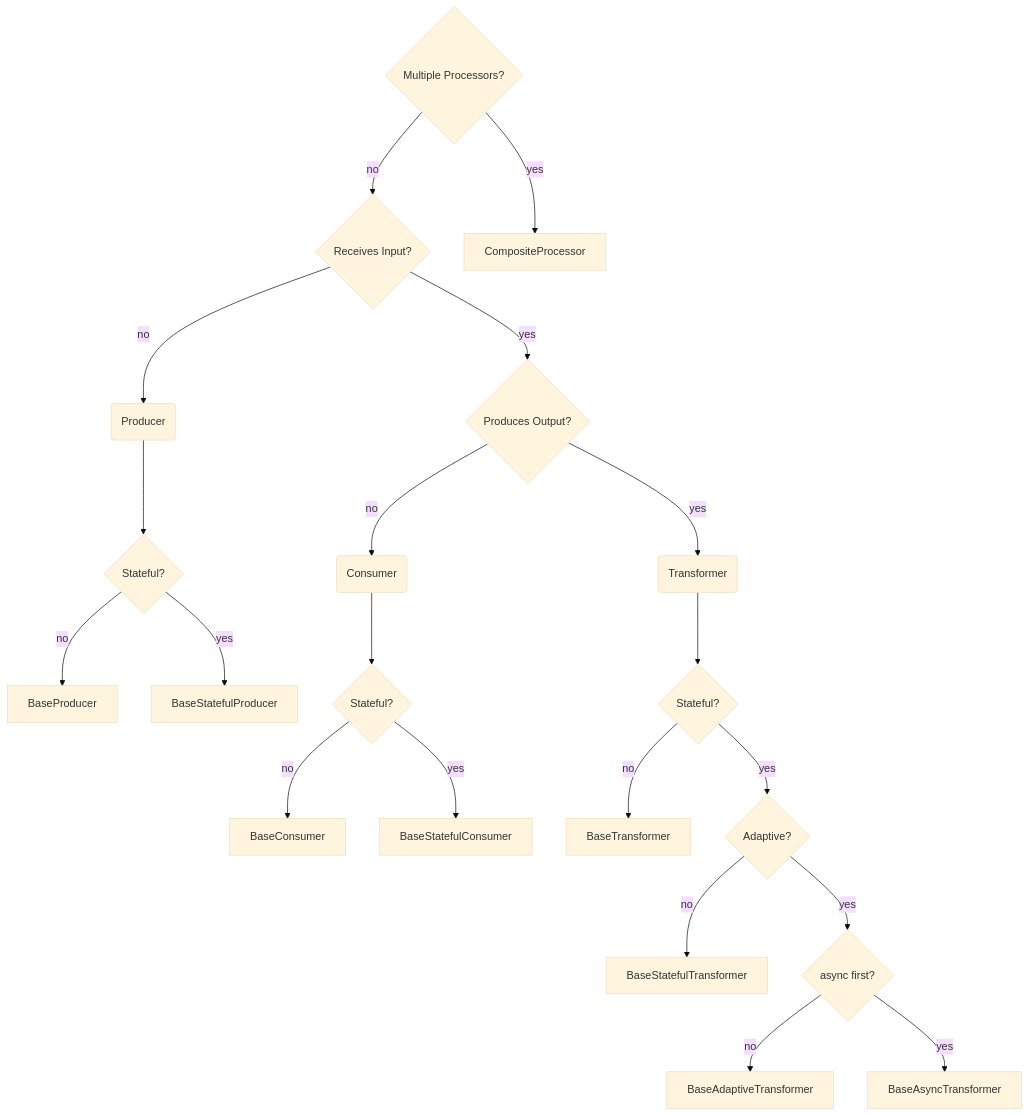
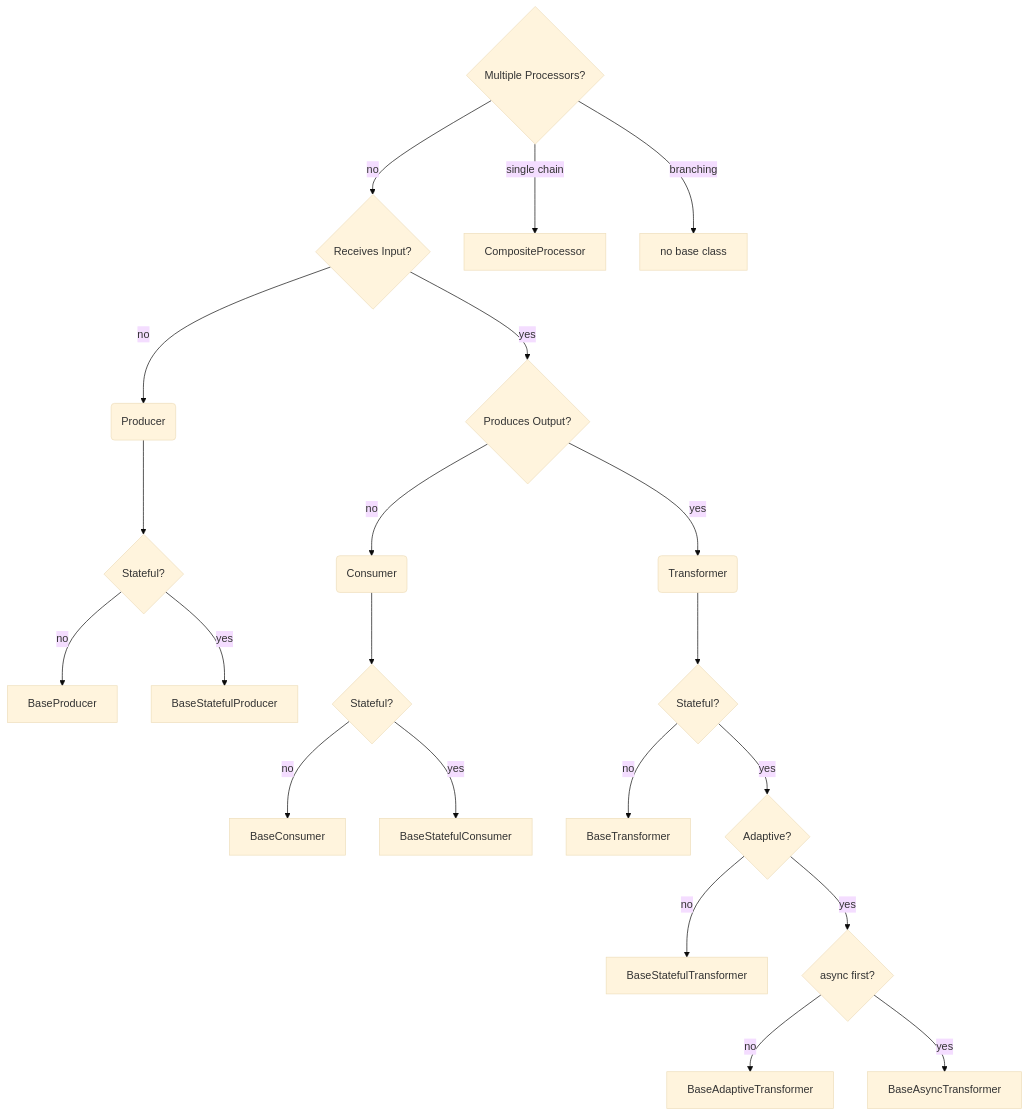
One commit to ezmsg-org/ezmsg-sigproc changed the diagram in docs/ProcessorsBase.md. Above: the diagram before and after it, drawn with Mermaid (base theme).

Commit message:
Make it clear in the docs that `CompositeProcessor` is for non-branching chains of processors.

````diff
--- a/docs/ProcessorsBase.md
+++ b/docs/ProcessorsBase.md
@@ -75,28 +75,29 @@
 ```mermaid
 flowchart TD
     AA{Multiple Processors?};
     A{Receives Input?};
     B(Producer);
     C{Produces Output?};
     D(Consumer);
     E(Transformer);
     AA -->|no| A;
-    AA -->|yes| CompositeProcessor;
+    AA -->|single chain| CompositeProcessor;
+    AA -->|branching| BB[no base class];
     A -->|no| B;
     A -->|yes| C;
     C -->|no| D;
     C -->|yes| E;
     B --> F{Stateful?};
     F -->|no| BaseProducer;
     F -->|yes| BaseStatefulProducer;
     D --> H{Stateful?};
     H -->|no| BaseConsumer;
     H -->|yes| BaseStatefulConsumer;
     E --> G{Stateful?};
     G -->|no| BaseTransformer;
     G -->|yes| I{Adaptive?};
     I -->|no| BaseStatefulTransformer;
     I -->|yes| J{async first?};
     J -->|no| BaseAdaptiveTransformer;
     J -->|yes| BaseAsyncTransformer;
 ```
````
